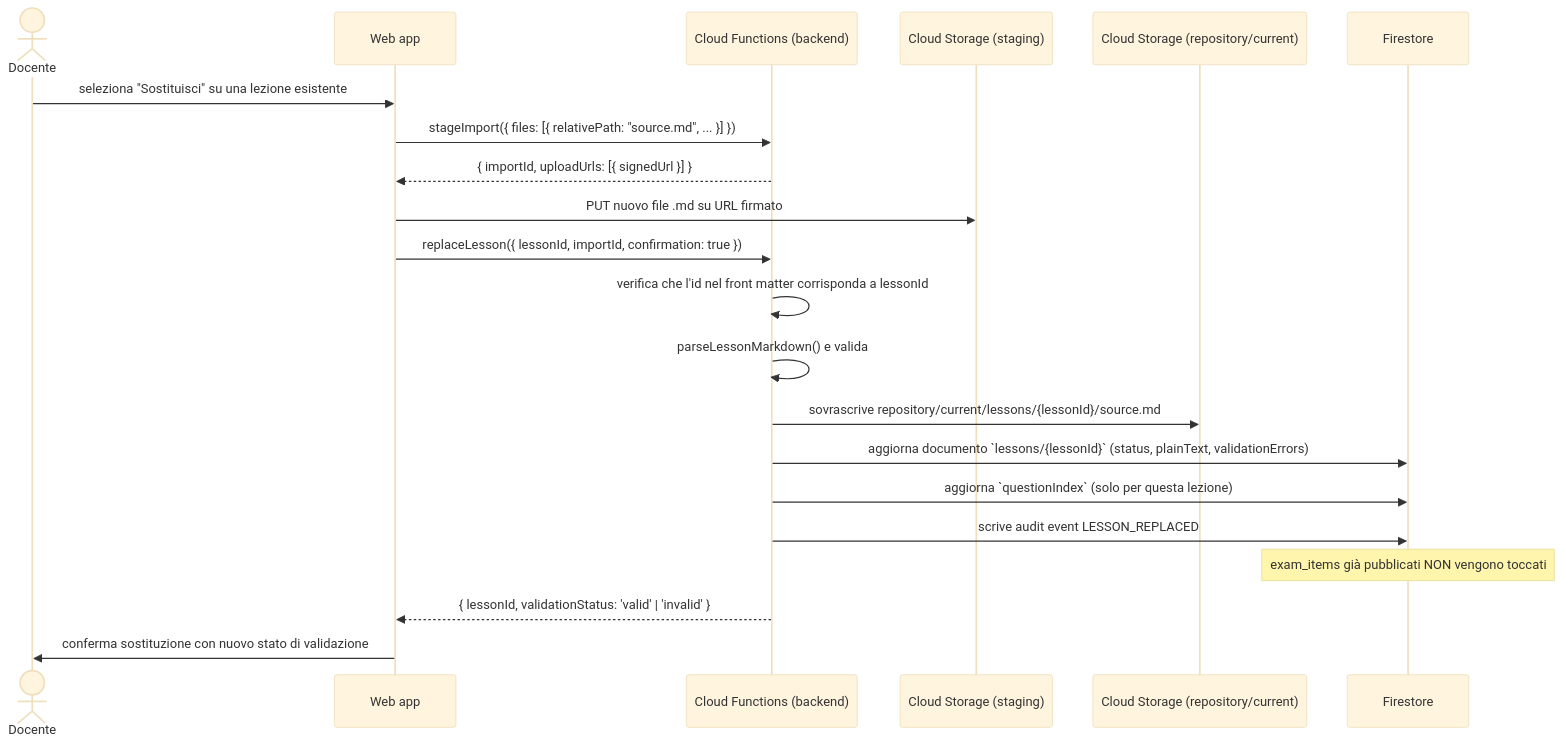
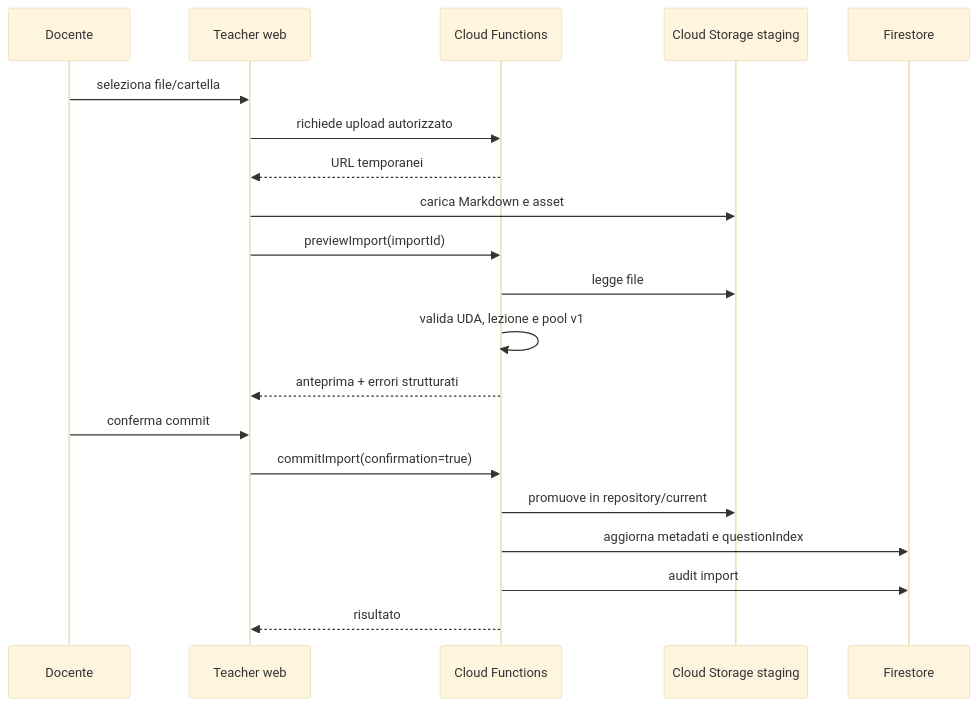
One commit to EnricoPaparo/SchoolForge changed the diagram in documentazione/diagrammi/sequence-import-lezione.md. Above: the diagram before and after it, drawn with Mermaid (base theme). The commit also changed other lines of this file and 14 other files, not shown here.

````diff
--- a/documentazione/diagrammi/sequence-import-lezione.md
+++ b/documentazione/diagrammi/sequence-import-lezione.md
@@ -87,27 +3,23 @@
 ```mermaid
 sequenceDiagram
-    actor D as Docente
-    participant W as Web app
-    participant CF as Cloud Functions (backend)
-    participant ST as Cloud Storage (staging)
-    participant SR as Cloud Storage (repository/current)
-    participant FS as Firestore
+    participant D as Docente
+    participant W as Teacher web
+    participant B as Cloud Functions
+    participant S as Cloud Storage staging
+    participant F as Firestore
 
-    D->>W: seleziona "Sostituisci" su una lezione esistente
-    W->>CF: stageImport({ files: [{ relativePath: "source.md", ... }] })
-    CF-->>W: { importId, uploadUrls: [{ signedUrl }] }
-    W->>ST: PUT nuovo file .md su URL firmato
-
-    W->>CF: replaceLesson({ lessonId, importId, confirmation: true })
-    CF->>CF: verifica che l'id nel front matter corrisponda a lessonId
-    CF->>CF: parseLessonMarkdown() e valida
-    CF->>SR: sovrascrive repository/current/lessons/{lessonId}/source.md
-    CF->>FS: aggiorna documento `lessons/{lessonId}` (status, plainText, validationErrors)
-    CF->>FS: aggiorna `questionIndex` (solo per questa lezione)
-    CF->>FS: scrive audit event LESSON_REPLACED
-
-    note over FS: exam_items già pubblicati NON vengono toccati
-
-    CF-->>W: { lessonId, validationStatus: 'valid' | 'invalid' }
-    W->>D: conferma sostituzione con nuovo stato di validazione
+    D->>W: seleziona file/cartella
+    W->>B: richiede upload autorizzato
+    B-->>W: URL temporanei
+    W->>S: carica Markdown e asset
+    W->>B: previewImport(importId)
+    B->>S: legge file
+    B->>B: valida UDA, lezione e pool v1
+    B-->>W: anteprima + errori strutturati
+    D->>W: conferma commit
+    W->>B: commitImport(confirmation=true)
+    B->>S: promuove in repository/current
+    B->>F: aggiorna metadati e questionIndex
+    B->>F: audit import
+    B-->>W: risultato
 ```
````
